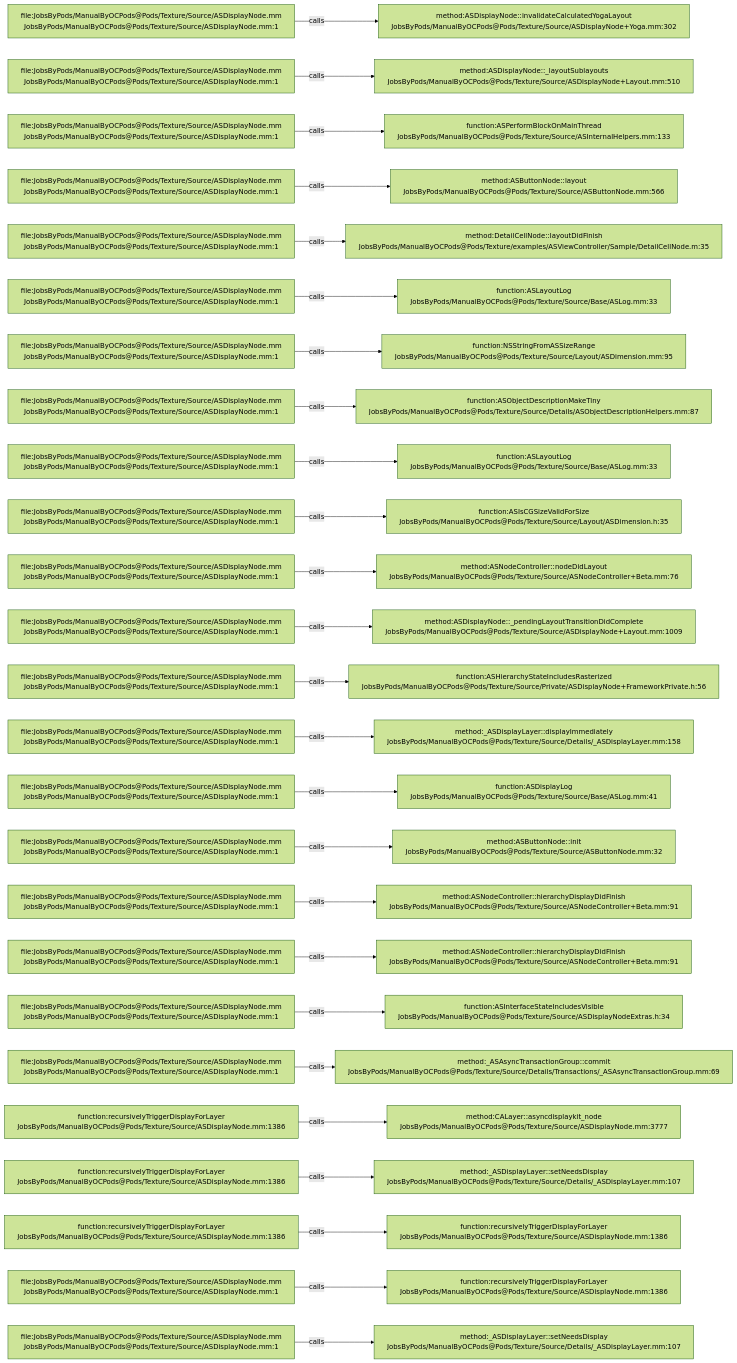
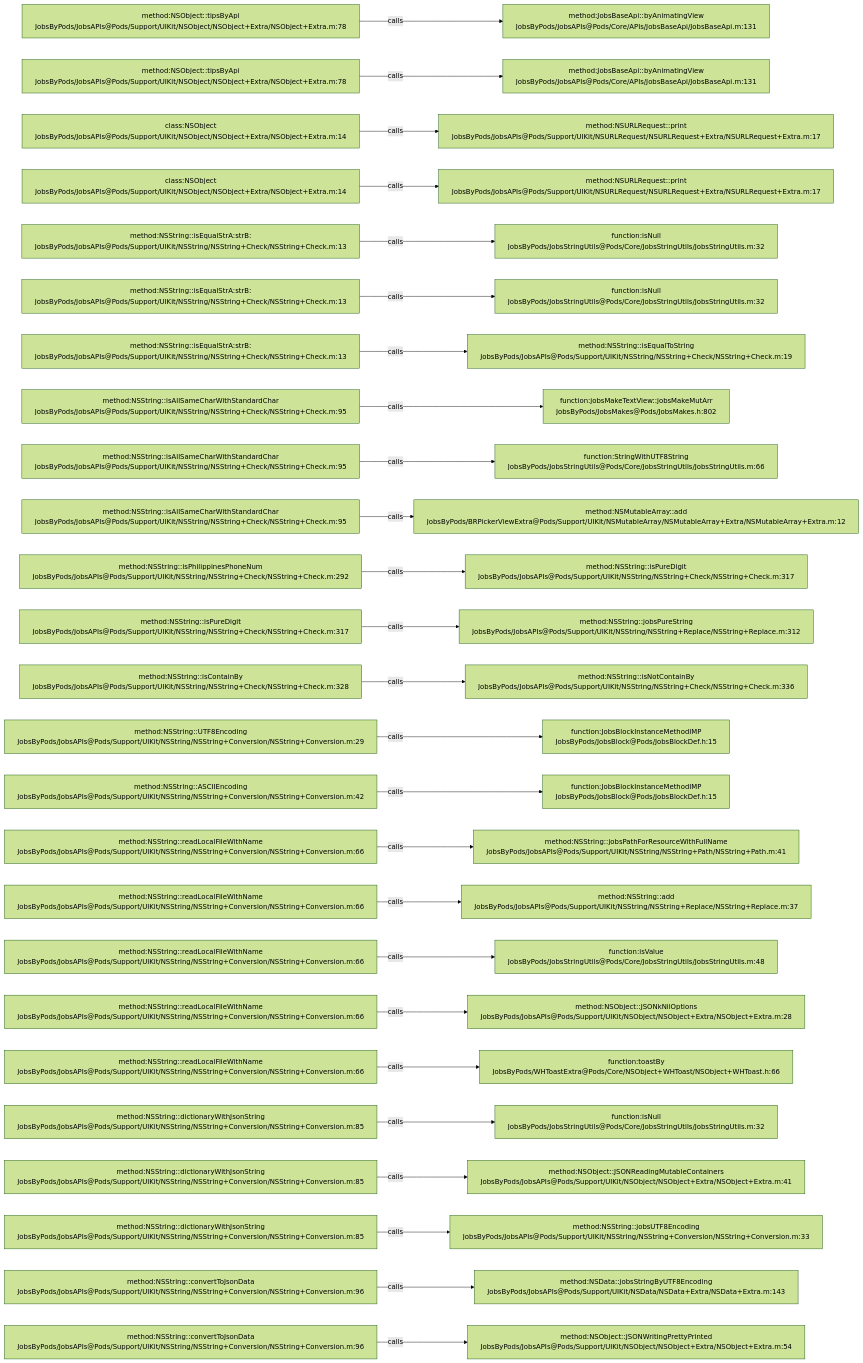
Before and after one commit to JobsKits/JobsOCBaseConfigDemo: the diagram in .codegraph/codegraph.md/graphs/calls-084.md, drawn with Mermaid (forest theme). The commit also changed 768 other files, not shown here.

````diff
--- a/.codegraph/codegraph.md/graphs/calls-084.md
+++ b/.codegraph/codegraph.md/graphs/calls-084.md
@@ -13,78 +13,78 @@
 ```mermaid
 flowchart LR
-  S1["file:JobsByPods/ManualByOCPods@Pods/Texture/Source/ASDisplayNode.mm<br/>JobsByPods/ManualByOCPods@Pods/Texture/Source/ASDisplayNode.mm:1"]
-  T1["method:ASDisplayNode::invalidateCalculatedYogaLayout<br/>JobsByPods/ManualByOCPods@Pods/Texture/Source/ASDisplayNode+Yoga.mm:302"]
+  S1["method:NSObject::tipsByApi<br/>JobsByPods/JobsAPIs@Pods/Support/UIKit/NSObject/NSObject+Extra/NSObject+Extra.m:78"]
+  T1["method:JobsBaseApi::byAnimatingView<br/>JobsByPods/JobsAPIs@Pods/Core/APIs/JobsBaseApi/JobsBaseApi.m:131"]
   S1 -->|calls| T1
-  S2["file:JobsByPods/ManualByOCPods@Pods/Texture/Source/ASDisplayNode.mm<br/>JobsByPods/ManualByOCPods@Pods/Texture/Source/ASDisplayNode.mm:1"]
-  T2["method:ASDisplayNode::_layoutSublayouts<br/>JobsByPods/ManualByOCPods@Pods/Texture/Source/ASDisplayNode+Layout.mm:510"]
+  S2["method:NSObject::tipsByApi<br/>JobsByPods/JobsAPIs@Pods/Support/UIKit/NSObject/NSObject+Extra/NSObject+Extra.m:78"]
+  T2["method:JobsBaseApi::byAnimatingView<br/>JobsByPods/JobsAPIs@Pods/Core/APIs/JobsBaseApi/JobsBaseApi.m:131"]
   S2 -->|calls| T2
-  S3["file:JobsByPods/ManualByOCPods@Pods/Texture/Source/ASDisplayNode.mm<br/>JobsByPods/ManualByOCPods@Pods/Texture/Source/ASDisplayNode.mm:1"]
-  T3["function:ASPerformBlockOnMainThread<br/>JobsByPods/ManualByOCPods@Pods/Texture/Source/ASInternalHelpers.mm:133"]
+  S3["class:NSObject<br/>JobsByPods/JobsAPIs@Pods/Support/UIKit/NSObject/NSObject+Extra/NSObject+Extra.m:14"]
+  T3["method:NSURLRequest::print<br/>JobsByPods/JobsAPIs@Pods/Support/UIKit/NSURLRequest/NSURLRequest+Extra/NSURLRequest+Extra.m:17"]
   S3 -->|calls| T3
-  S4["file:JobsByPods/ManualByOCPods@Pods/Texture/Source/ASDisplayNode.mm<br/>JobsByPods/ManualByOCPods@Pods/Texture/Source/ASDisplayNode.mm:1"]
-  T4["method:ASButtonNode::layout<br/>JobsByPods/ManualByOCPods@Pods/Texture/Source/ASButtonNode.mm:566"]
+  S4["class:NSObject<br/>JobsByPods/JobsAPIs@Pods/Support/UIKit/NSObject/NSObject+Extra/NSObject+Extra.m:14"]
+  T4["method:NSURLRequest::print<br/>JobsByPods/JobsAPIs@Pods/Support/UIKit/NSURLRequest/NSURLRequest+Extra/NSURLRequest+Extra.m:17"]
   S4 -->|calls| T4
-  S5["file:JobsByPods/ManualByOCPods@Pods/Texture/Source/ASDisplayNode.mm<br/>JobsByPods/ManualByOCPods@Pods/Texture/Source/ASDisplayNode.mm:1"]
-  T5["method:DetailCellNode::layoutDidFinish<br/>JobsByPods/ManualByOCPods@Pods/Texture/examples/ASViewController/Sample/DetailCellNode.m:35"]
+  S5["method:NSString::isEqualStrA:strB:<br/>JobsByPods/JobsAPIs@Pods/Support/UIKit/NSString/NSString+Check/NSString+Check.m:13"]
+  T5["function:isNull<br/>JobsByPods/JobsStringUtils@Pods/Core/JobsStringUtils/JobsStringUtils.m:32"]
   S5 -->|calls| T5
-  S6["file:JobsByPods/ManualByOCPods@Pods/Texture/Source/ASDisplayNode.mm<br/>JobsByPods/ManualByOCPods@Pods/Texture/Source/ASDisplayNode.mm:1"]
-  T6["function:ASLayoutLog<br/>JobsByPods/ManualByOCPods@Pods/Texture/Source/Base/ASLog.mm:33"]
+  S6["method:NSString::isEqualStrA:strB:<br/>JobsByPods/JobsAPIs@Pods/Support/UIKit/NSString/NSString+Check/NSString+Check.m:13"]
+  T6["function:isNull<br/>JobsByPods/JobsStringUtils@Pods/Core/JobsStringUtils/JobsStringUtils.m:32"]
   S6 -->|calls| T6
-  S7["file:JobsByPods/ManualByOCPods@Pods/Texture/Source/ASDisplayNode.mm<br/>JobsByPods/ManualByOCPods@Pods/Texture/Source/ASDisplayNode.mm:1"]
-  T7["function:NSStringFromASSizeRange<br/>JobsByPods/ManualByOCPods@Pods/Texture/Source/Layout/ASDimension.mm:95"]
+  S7["method:NSString::isEqualStrA:strB:<br/>JobsByPods/JobsAPIs@Pods/Support/UIKit/NSString/NSString+Check/NSString+Check.m:13"]
+  T7["method:NSString::isEqualToString<br/>JobsByPods/JobsAPIs@Pods/Support/UIKit/NSString/NSString+Check/NSString+Check.m:19"]
   S7 -->|calls| T7
-  S8["file:JobsByPods/ManualByOCPods@Pods/Texture/Source/ASDisplayNode.mm<br/>JobsByPods/ManualByOCPods@Pods/Texture/Source/ASDisplayNode.mm:1"]
-  T8["function:ASObjectDescriptionMakeTiny<br/>JobsByPods/ManualByOCPods@Pods/Texture/Source/Details/ASObjectDescriptionHelpers.mm:87"]
+  S8["method:NSString::isAllSameCharWithStandardChar<br/>JobsByPods/JobsAPIs@Pods/Support/UIKit/NSString/NSString+Check/NSString+Check.m:95"]
+  T8["function:jobsMakeTextView::jobsMakeMutArr<br/>JobsByPods/JobsMakes@Pods/JobsMakes.h:802"]
   S8 -->|calls| T8
-  S9["file:JobsByPods/ManualByOCPods@Pods/Texture/Source/ASDisplayNode.mm<br/>JobsByPods/ManualByOCPods@Pods/Texture/Source/ASDisplayNode.mm:1"]
-  T9["function:ASLayoutLog<br/>JobsByPods/ManualByOCPods@Pods/Texture/Source/Base/ASLog.mm:33"]
+  S9["method:NSString::isAllSameCharWithStandardChar<br/>JobsByPods/JobsAPIs@Pods/Support/UIKit/NSString/NSString+Check/NSString+Check.m:95"]
+  T9["function:StringWithUTF8String<br/>JobsByPods/JobsStringUtils@Pods/Core/JobsStringUtils/JobsStringUtils.m:66"]
   S9 -->|calls| T9
-  S10["file:JobsByPods/ManualByOCPods@Pods/Texture/Source/ASDisplayNode.mm<br/>JobsByPods/ManualByOCPods@Pods/Texture/Source/ASDisplayNode.mm:1"]
-  T10["function:ASIsCGSizeValidForSize<br/>JobsByPods/ManualByOCPods@Pods/Texture/Source/Layout/ASDimension.h:35"]
+  S10["method:NSString::isAllSameCharWithStandardChar<br/>JobsByPods/JobsAPIs@Pods/Support/UIKit/NSString/NSString+Check/NSString+Check.m:95"]
+  T10["method:NSMutableArray::add<br/>JobsByPods/BRPickerViewExtra@Pods/Support/UIKit/NSMutableArray/NSMutableArray+Extra/NSMutableArray+Extra.m:12"]
   S10 -->|calls| T10
-  S11["file:JobsByPods/ManualByOCPods@Pods/Texture/Source/ASDisplayNode.mm<br/>JobsByPods/ManualByOCPods@Pods/Texture/Source/ASDisplayNode.mm:1"]
-  T11["method:ASNodeController::nodeDidLayout<br/>JobsByPods/ManualByOCPods@Pods/Texture/Source/ASNodeController+Beta.mm:76"]
+  S11["method:NSString::isPhilippinesPhoneNum<br/>JobsByPods/JobsAPIs@Pods/Support/UIKit/NSString/NSString+Check/NSString+Check.m:292"]
+  T11["method:NSString::isPureDigit<br/>JobsByPods/JobsAPIs@Pods/Support/UIKit/NSString/NSString+Check/NSString+Check.m:317"]
   S11 -->|calls| T11
-  S12["file:JobsByPods/ManualByOCPods@Pods/Texture/Source/ASDisplayNode.mm<br/>JobsByPods/ManualByOCPods@Pods/Texture/Source/ASDisplayNode.mm:1"]
-  T12["method:ASDisplayNode::_pendingLayoutTransitionDidComplete<br/>JobsByPods/ManualByOCPods@Pods/Texture/Source/ASDisplayNode+Layout.mm:1009"]
+  S12["method:NSString::isPureDigit<br/>JobsByPods/JobsAPIs@Pods/Support/UIKit/NSString/NSString+Check/NSString+Check.m:317"]
+  T12["method:NSString::jobsPureString<br/>JobsByPods/JobsAPIs@Pods/Support/UIKit/NSString/NSString+Replace/NSString+Replace.m:312"]
   S12 -->|calls| T12
-  S13["file:JobsByPods/ManualByOCPods@Pods/Texture/Source/ASDisplayNode.mm<br/>JobsByPods/ManualByOCPods@Pods/Texture/Source/ASDisplayNode.mm:1"]
-  T13["function:ASHierarchyStateIncludesRasterized<br/>JobsByPods/ManualByOCPods@Pods/Texture/Source/Private/ASDisplayNode+FrameworkPrivate.h:56"]
+  S13["method:NSString::isContainBy<br/>JobsByPods/JobsAPIs@Pods/Support/UIKit/NSString/NSString+Check/NSString+Check.m:328"]
+  T13["method:NSString::isNotContainBy<br/>JobsByPods/JobsAPIs@Pods/Support/UIKit/NSString/NSString+Check/NSString+Check.m:336"]
   S13 -->|calls| T13
-  S14["file:JobsByPods/ManualByOCPods@Pods/Texture/Source/ASDisplayNode.mm<br/>JobsByPods/ManualByOCPods@Pods/Texture/Source/ASDisplayNode.mm:1"]
-  T14["method:_ASDisplayLayer::displayImmediately<br/>JobsByPods/ManualByOCPods@Pods/Texture/Source/Details/_ASDisplayLayer.mm:158"]
+  S14["method:NSString::UTF8Encoding<br/>JobsByPods/JobsAPIs@Pods/Support/UIKit/NSString/NSString+Conversion/NSString+Conversion.m:29"]
+  T14["function:JobsBlockInstanceMethodIMP<br/>JobsByPods/JobsBlock@Pods/JobsBlockDef.h:15"]
   S14 -->|calls| T14
-  S15["file:JobsByPods/ManualByOCPods@Pods/Texture/Source/ASDisplayNode.mm<br/>JobsByPods/ManualByOCPods@Pods/Texture/Source/ASDisplayNode.mm:1"]
-  T15["function:ASDisplayLog<br/>JobsByPods/ManualByOCPods@Pods/Texture/Source/Base/ASLog.mm:41"]
+  S15["method:NSString::ASCIIEncoding<br/>JobsByPods/JobsAPIs@Pods/Support/UIKit/NSString/NSString+Conversion/NSString+Conversion.m:42"]
+  T15["function:JobsBlockInstanceMethodIMP<br/>JobsByPods/JobsBlock@Pods/JobsBlockDef.h:15"]
   S15 -->|calls| T15
-  S16["file:JobsByPods/ManualByOCPods@Pods/Texture/Source/ASDisplayNode.mm<br/>JobsByPods/ManualByOCPods@Pods/Texture/Source/ASDisplayNode.mm:1"]
-  T16["method:ASButtonNode::init<br/>JobsByPods/ManualByOCPods@Pods/Texture/Source/ASButtonNode.mm:32"]
+  S16["method:NSString::readLocalFileWithName<br/>JobsByPods/JobsAPIs@Pods/Support/UIKit/NSString/NSString+Conversion/NSString+Conversion.m:66"]
+  T16["method:NSString::jobsPathForResourceWithFullName<br/>JobsByPods/JobsAPIs@Pods/Support/UIKit/NSString/NSString+Path/NSString+Path.m:41"]
   S16 -->|calls| T16
-  S17["file:JobsByPods/ManualByOCPods@Pods/Texture/Source/ASDisplayNode.mm<br/>JobsByPods/ManualByOCPods@Pods/Texture/Source/ASDisplayNode.mm:1"]
-  T17["method:ASNodeController::hierarchyDisplayDidFinish<br/>JobsByPods/ManualByOCPods@Pods/Texture/Source/ASNodeController+Beta.mm:91"]
+  S17["method:NSString::readLocalFileWithName<br/>JobsByPods/JobsAPIs@Pods/Support/UIKit/NSString/NSString+Conversion/NSString+Conversion.m:66"]
+  T17["method:NSString::add<br/>JobsByPods/JobsAPIs@Pods/Support/UIKit/NSString/NSString+Replace/NSString+Replace.m:37"]
   S17 -->|calls| T17
-  S18["file:JobsByPods/ManualByOCPods@Pods/Texture/Source/ASDisplayNode.mm<br/>JobsByPods/ManualByOCPods@Pods/Texture/Source/ASDisplayNode.mm:1"]
-  T18["method:ASNodeController::hierarchyDisplayDidFinish<br/>JobsByPods/ManualByOCPods@Pods/Texture/Source/ASNodeController+Beta.mm:91"]
+  S18["method:NSString::readLocalFileWithName<br/>JobsByPods/JobsAPIs@Pods/Support/UIKit/NSString/NSString+Conversion/NSString+Conversion.m:66"]
+  T18["function:isValue<br/>JobsByPods/JobsStringUtils@Pods/Core/JobsStringUtils/JobsStringUtils.m:48"]
   S18 -->|calls| T18
-  S19["file:JobsByPods/ManualByOCPods@Pods/Texture/Source/ASDisplayNode.mm<br/>JobsByPods/ManualByOCPods@Pods/Texture/Source/ASDisplayNode.mm:1"]
-  T19["function:ASInterfaceStateIncludesVisible<br/>JobsByPods/ManualByOCPods@Pods/Texture/Source/ASDisplayNodeExtras.h:34"]
+  S19["method:NSString::readLocalFileWithName<br/>JobsByPods/JobsAPIs@Pods/Support/UIKit/NSString/NSString+Conversion/NSString+Conversion.m:66"]
+  T19["method:NSObject::JSONkNilOptions<br/>JobsByPods/JobsAPIs@Pods/Support/UIKit/NSObject/NSObject+Extra/NSObject+Extra.m:28"]
   S19 -->|calls| T19
-  S20["file:JobsByPods/ManualByOCPods@Pods/Texture/Source/ASDisplayNode.mm<br/>JobsByPods/ManualByOCPods@Pods/Texture/Source/ASDisplayNode.mm:1"]
-  T20["method:_ASAsyncTransactionGroup::commit<br/>JobsByPods/ManualByOCPods@Pods/Texture/Source/Details/Transactions/_ASAsyncTransactionGroup.mm:69"]
+  S20["method:NSString::readLocalFileWithName<br/>JobsByPods/JobsAPIs@Pods/Support/UIKit/NSString/NSString+Conversion/NSString+Conversion.m:66"]
+  T20["function:toastBy<br/>JobsByPods/WHToastExtra@Pods/Core/NSObject+WHToast/NSObject+WHToast.h:66"]
   S20 -->|calls| T20
-  S21["function:recursivelyTriggerDisplayForLayer<br/>JobsByPods/ManualByOCPods@Pods/Texture/Source/ASDisplayNode.mm:1386"]
-  T21["method:CALayer::asyncdisplaykit_node<br/>JobsByPods/ManualByOCPods@Pods/Texture/Source/ASDisplayNode.mm:3777"]
+  S21["method:NSString::dictionaryWithJsonString<br/>JobsByPods/JobsAPIs@Pods/Support/UIKit/NSString/NSString+Conversion/NSString+Conversion.m:85"]
+  T21["function:isNull<br/>JobsByPods/JobsStringUtils@Pods/Core/JobsStringUtils/JobsStringUtils.m:32"]
   S21 -->|calls| T21
-  S22["function:recursivelyTriggerDisplayForLayer<br/>JobsByPods/ManualByOCPods@Pods/Texture/Source/ASDisplayNode.mm:1386"]
-  T22["method:_ASDisplayLayer::setNeedsDisplay<br/>JobsByPods/ManualByOCPods@Pods/Texture/Source/Details/_ASDisplayLayer.mm:107"]
+  S22["method:NSString::dictionaryWithJsonString<br/>JobsByPods/JobsAPIs@Pods/Support/UIKit/NSString/NSString+Conversion/NSString+Conversion.m:85"]
+  T22["method:NSObject::JSONReadingMutableContainers<br/>JobsByPods/JobsAPIs@Pods/Support/UIKit/NSObject/NSObject+Extra/NSObject+Extra.m:41"]
   S22 -->|calls| T22
-  S23["function:recursivelyTriggerDisplayForLayer<br/>JobsByPods/ManualByOCPods@Pods/Texture/Source/ASDisplayNode.mm:1386"]
-  T23["function:recursivelyTriggerDisplayForLayer<br/>JobsByPods/ManualByOCPods@Pods/Texture/Source/ASDisplayNode.mm:1386"]
+  S23["method:NSString::dictionaryWithJsonString<br/>JobsByPods/JobsAPIs@Pods/Support/UIKit/NSString/NSString+Conversion/NSString+Conversion.m:85"]
+  T23["method:NSString::jobsUTF8Encoding<br/>JobsByPods/JobsAPIs@Pods/Support/UIKit/NSString/NSString+Conversion/NSString+Conversion.m:33"]
   S23 -->|calls| T23
-  S24["file:JobsByPods/ManualByOCPods@Pods/Texture/Source/ASDisplayNode.mm<br/>JobsByPods/ManualByOCPods@Pods/Texture/Source/ASDisplayNode.mm:1"]
-  T24["function:recursivelyTriggerDisplayForLayer<br/>JobsByPods/ManualByOCPods@Pods/Texture/Source/ASDisplayNode.mm:1386"]
+  S24["method:NSString::convertToJsonData<br/>JobsByPods/JobsAPIs@Pods/Support/UIKit/NSString/NSString+Conversion/NSString+Conversion.m:96"]
+  T24["method:NSData::jobsStringByUTF8Encoding<br/>JobsByPods/JobsAPIs@Pods/Support/UIKit/NSData/NSData+Extra/NSData+Extra.m:143"]
   S24 -->|calls| T24
-  S25["file:JobsByPods/ManualByOCPods@Pods/Texture/Source/ASDisplayNode.mm<br/>JobsByPods/ManualByOCPods@Pods/Texture/Source/ASDisplayNode.mm:1"]
-  T25["method:_ASDisplayLayer::setNeedsDisplay<br/>JobsByPods/ManualByOCPods@Pods/Texture/Source/Details/_ASDisplayLayer.mm:107"]
+  S25["method:NSString::convertToJsonData<br/>JobsByPods/JobsAPIs@Pods/Support/UIKit/NSString/NSString+Conversion/NSString+Conversion.m:96"]
+  T25["method:NSObject::JSONWritingPrettyPrinted<br/>JobsByPods/JobsAPIs@Pods/Support/UIKit/NSObject/NSObject+Extra/NSObject+Extra.m:54"]
   S25 -->|calls| T25
 ```
````
